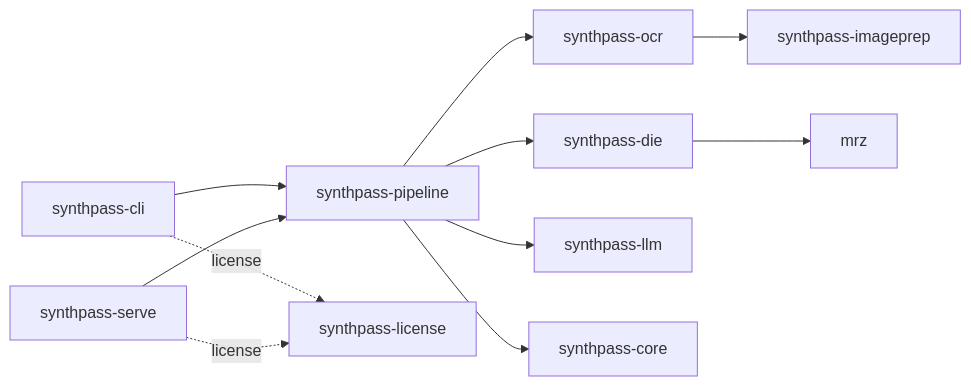
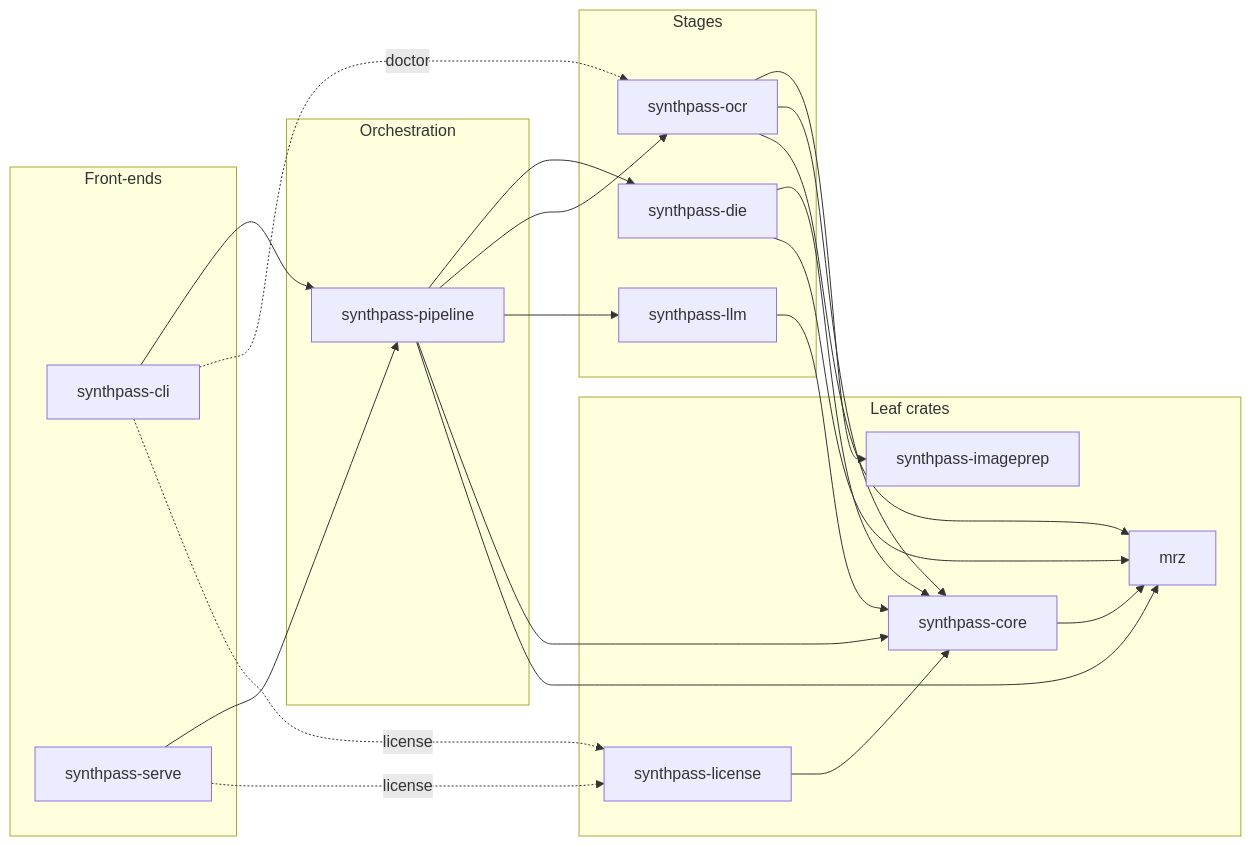
Before and after one commit to ruledicaprio/SynthPass: the diagram in knowledge/ARCHITECTURE.md, drawn with Mermaid. The commit also changed other lines of this file and 1 other file, not shown here.

First paragraph of the commit message:
docs(architecture): extraction pipeline diagrams
Four Mermaid diagrams. Each answers one question, has a caption, and
carries a sources line naming the code it was checked against
(86987fe).

````diff
--- a/knowledge/ARCHITECTURE.md
+++ b/knowledge/ARCHITECTURE.md
@@ -63,11 +63,40 @@
 ```mermaid
 flowchart LR
-    CLI["synthpass-cli"] --> PIPE["synthpass-pipeline"]
-    SERVE["synthpass-serve"] --> PIPE
-    CLI -. license .-> LIC["synthpass-license"]
-    SERVE -. license .-> LIC
-    PIPE --> OCR["synthpass-ocr"] --> PREP["synthpass-imageprep"]
-    PIPE --> DIE["synthpass-die"] --> MRZ["mrz"]
-    PIPE --> LLM["synthpass-llm"]
-    PIPE --> CORE["synthpass-core"]
+    subgraph "Front-ends"
+        CLI["synthpass-cli"]
+        SERVE["synthpass-serve"]
+    end
+    subgraph "Orchestration"
+        PIPE["synthpass-pipeline"]
+    end
+    subgraph "Stages"
+        OCR["synthpass-ocr"]
+        DIE["synthpass-die"]
+        LLM["synthpass-llm"]
+    end
+    subgraph "Leaf crates"
+        CORE["synthpass-core"]
+        PREP["synthpass-imageprep"]
+        MRZ["mrz"]
+        LIC["synthpass-license"]
+    end
+
+    CLI --> PIPE
+    SERVE --> PIPE
+    CLI -. "doctor" .-> OCR
+    CLI -. "license" .-> LIC
+    SERVE -. "license" .-> LIC
+    PIPE --> DIE
+    PIPE --> OCR
+    PIPE --> LLM
+    PIPE --> CORE
+    PIPE --> MRZ
+    DIE --> CORE
+    DIE --> MRZ
+    OCR --> PREP
+    OCR --> CORE
+    OCR --> MRZ
+    LLM --> CORE
+    LIC --> CORE
+    CORE --> MRZ
 ```
````
